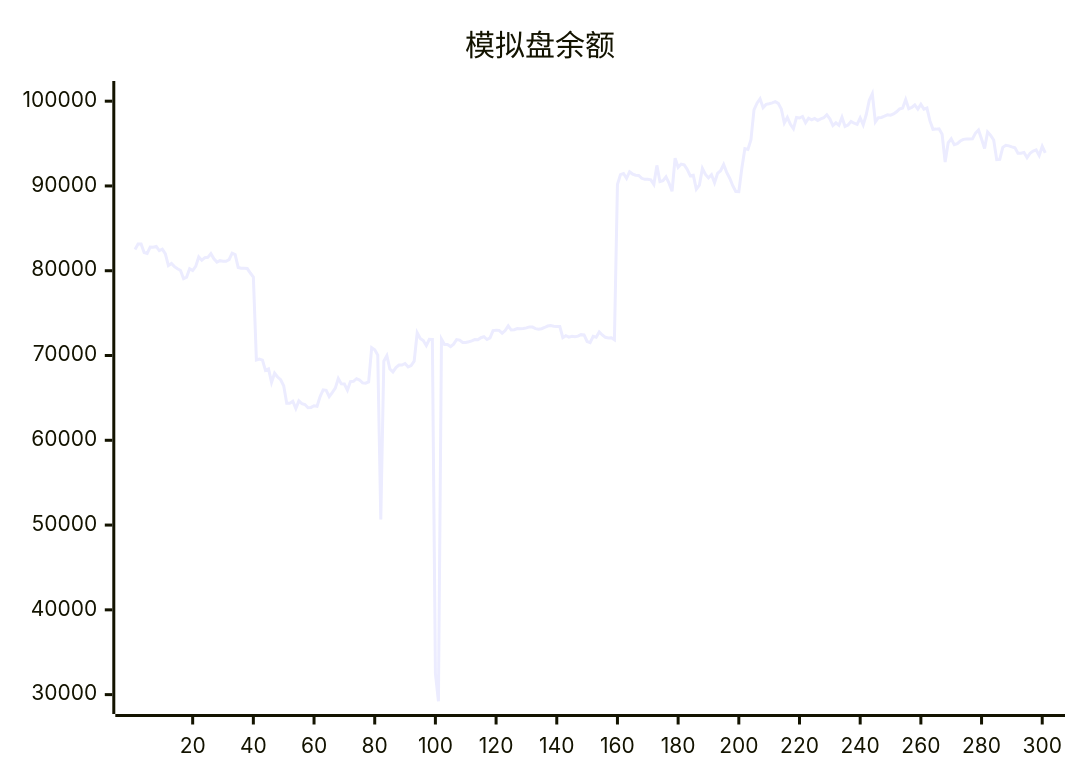
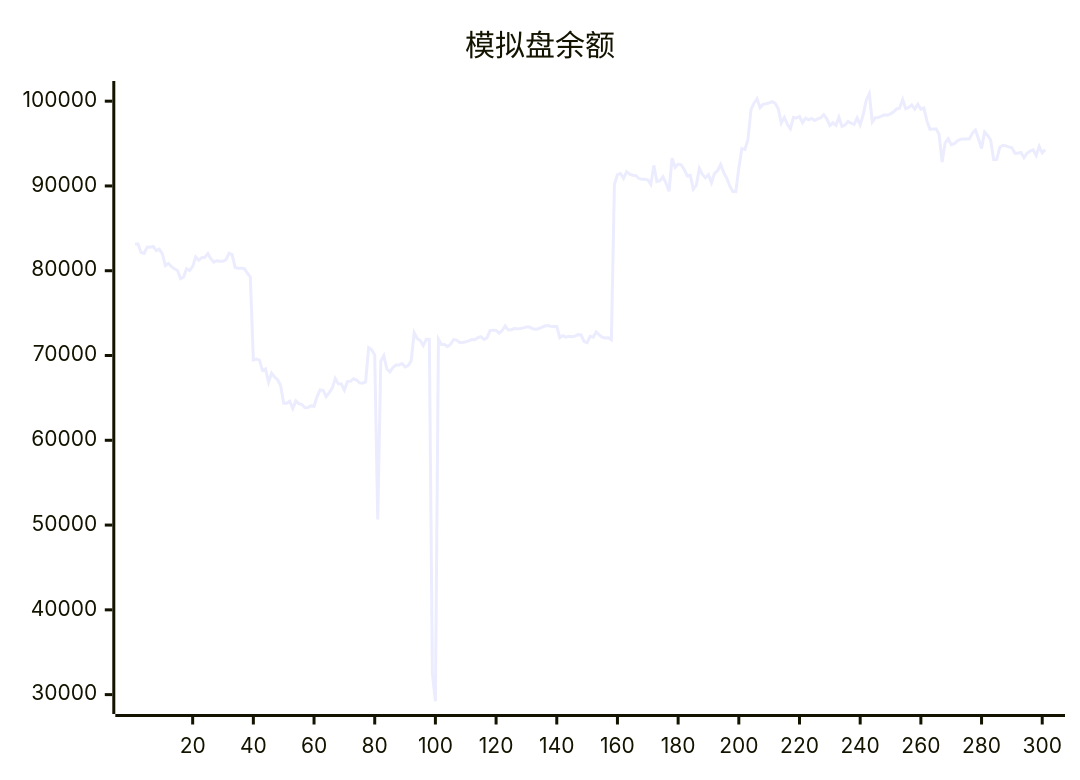
Before and after one commit to aahl/ai-trading: the diagram in README.md, drawn with Mermaid. The commit also changed other lines of this file and 1 other file, not shown here.

````diff
--- a/README.md
+++ b/README.md
@@ -5,5 +5,5 @@
 ```mermaid
 xychart
     title "模拟盘余额"
-    line [82499,83144,83145,82150,82038,82797,82763,82872,82367,82536,81981,80612,80862,80484,80242,80034,79063,79245,80227,80016,80507,81625,81233,81544,81578,82016,81401,81019,81186,81130,81118,81306,82066,81909,80392,80304,80291,80258,79729,79261,69466,69579,69456,68251,68415,66832,67911,67462,67144,66432,64380,64375,64606,63741,64647,64324,64216,63842,63877,64079,64008,65156,65945,65888,65157,65625,66144,67284,66653,66639,65924,66925,66956,67263,67108,66766,66729,66886,70927,70673,70049,50652,69334,69973,68400,68061,68578,68877,68879,69055,68662,68822,69329,72687,71999,71760,71163,71911,71896,32500,29218,71927,71297,71305,71044,71337,71883,71822,71536,71536,71622,71723,71880,71860,72100,72216,71887,72077,72940,72976,72966,72638,72948,73497,73004,73041,73173,73160,73187,73258,73375,73351,73173,73098,73161,73305,73474,73536,73457,73413,73412,72100,72333,72164,72272,72204,72285,72461,72421,71652,71521,72267,72157,72774,72425,72144,72060,72091,71858,90185,91338,91466,90900,91678,91404,91268,91244,90903,90779,90787,90721,90187,92429,90518,90619,91070,90328,89376,93286,92202,92581,92485,91947,91196,91259,89619,90086,92063,91355,90950,91327,90373,91498,91800,92531,91603,90910,90031,89351,89334,92097,94406,94315,95455,98972,99763,100286,99229,99622,99701,99805,99938,99738,99082,97430,98094,97267,96741,98081,98013,98194,97447,97983,97789,97969,97729,97911,98043,98405,97912,97120,97448,97154,98095,97021,97191,97616,97402,97263,98035,97210,98424,100121,100876,97552,98049,98085,98228,98388,98342,98488,98750,99086,99181,100188,99107,99272,99553,99072,99636,99061,99186,97674,96679,96704,96743,96096,92830,95088,95560,94866,94995,95295,95497,95531,95527,95559,96236,96597,95538,94422,96363,95972,95418,93095,93128,94558,94795,94727,94611,94508,93857,93852,93955,93340,93862,94112,94249,93603,94682,93898]
+    line [83144,83145,82150,82038,82797,82763,82872,82367,82536,81981,80612,80862,80484,80242,80034,79063,79245,80227,80016,80507,81625,81233,81544,81578,82016,81401,81019,81186,81130,81118,81306,82066,81909,80392,80304,80291,80258,79729,79261,69466,69579,69456,68251,68415,66832,67911,67462,67144,66432,64380,64375,64606,63741,64647,64324,64216,63842,63877,64079,64008,65156,65945,65888,65157,65625,66144,67284,66653,66639,65924,66925,66956,67263,67108,66766,66729,66886,70927,70673,70049,50652,69334,69973,68400,68061,68578,68877,68879,69055,68662,68822,69329,72687,71999,71760,71163,71911,71896,32500,29218,71927,71297,71305,71044,71337,71883,71822,71536,71536,71622,71723,71880,71860,72100,72216,71887,72077,72940,72976,72966,72638,72948,73497,73004,73041,73173,73160,73187,73258,73375,73351,73173,73098,73161,73305,73474,73536,73457,73413,73412,72100,72333,72164,72272,72204,72285,72461,72421,71652,71521,72267,72157,72774,72425,72144,72060,72091,71858,90185,91338,91466,90900,91678,91404,91268,91244,90903,90779,90787,90721,90187,92429,90518,90619,91070,90328,89376,93286,92202,92581,92485,91947,91196,91259,89619,90086,92063,91355,90950,91327,90373,91498,91800,92531,91603,90910,90031,89351,89334,92097,94406,94315,95455,98972,99763,100286,99229,99622,99701,99805,99938,99738,99082,97430,98094,97267,96741,98081,98013,98194,97447,97983,97789,97969,97729,97911,98043,98405,97912,97120,97448,97154,98095,97021,97191,97616,97402,97263,98035,97210,98424,100121,100876,97552,98049,98085,98228,98388,98342,98488,98750,99086,99181,100188,99107,99272,99553,99072,99636,99061,99186,97674,96679,96704,96743,96096,92830,95088,95560,94866,94995,95295,95497,95531,95527,95559,96236,96597,95538,94422,96363,95972,95418,93095,93128,94558,94795,94727,94611,94508,93857,93852,93955,93340,93862,94112,94249,93603,94682,93898,94267]
 ```
````
